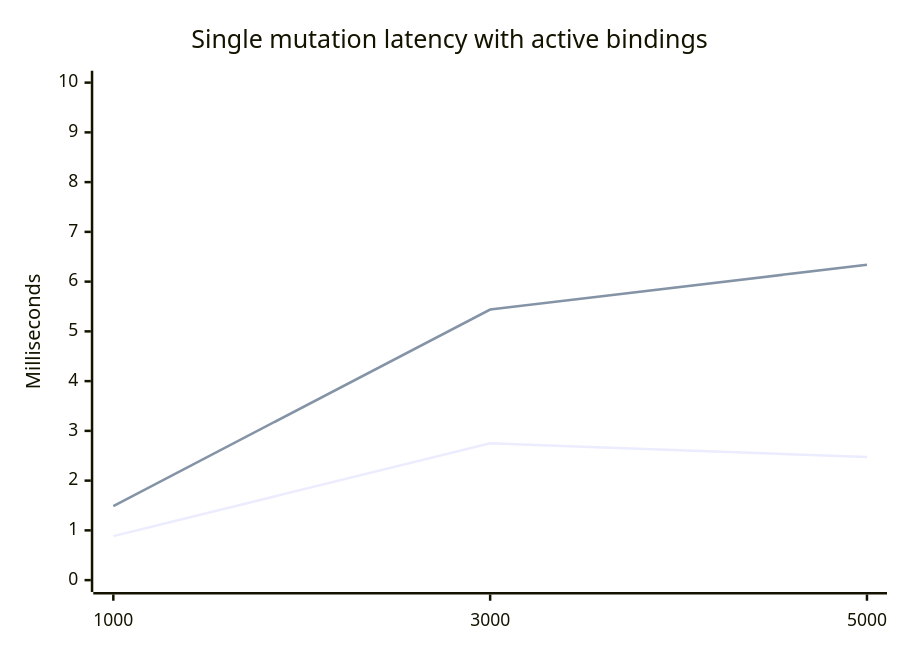
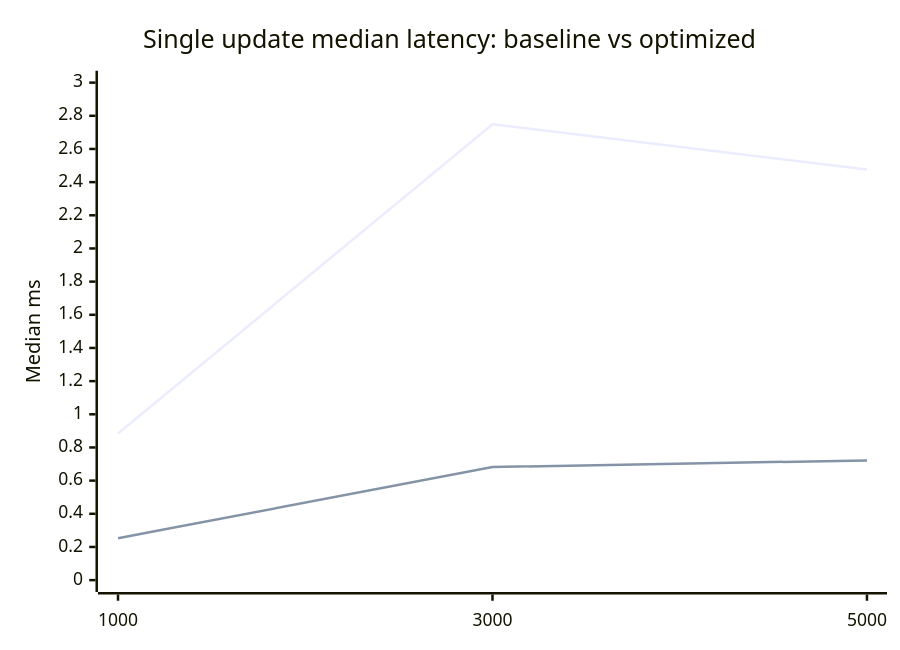
One commit to robert-sanders-software-ontwikkeling/rs-x changed the sixth of 7 diagrams in reports/rsx-spa-performance/README.md. Above: the diagram before and after it, drawn with Mermaid. The commit also changed other lines of this file and 3 other files, not shown here.

````diff
--- a/reports/rsx-spa-performance/README.md
+++ b/reports/rsx-spa-performance/README.md
@@ -73,8 +119,8 @@
 ```mermaid
 xychart-beta
-  title "Single mutation latency with active bindings"
+  title "Single update median latency: baseline vs optimized"
   x-axis [1000, 3000, 5000]
-  y-axis "Milliseconds" 0 --> 10
+  y-axis "Median ms" 0 --> 3
   line [0.884, 2.749, 2.476]
-  line [1.489, 5.439, 6.339]
+  line [0.253, 0.682, 0.722]
 ```
````
